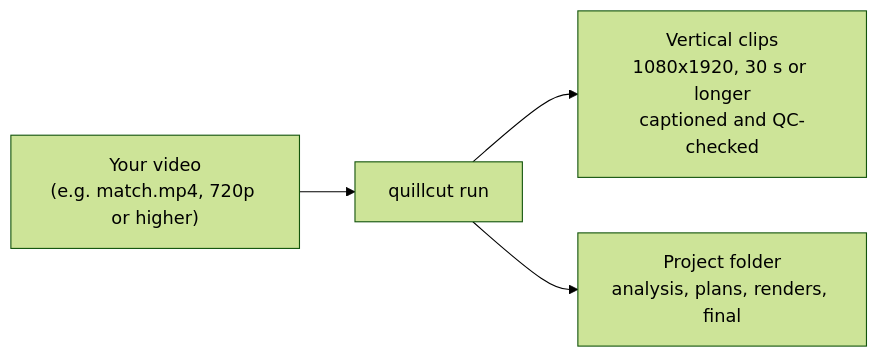
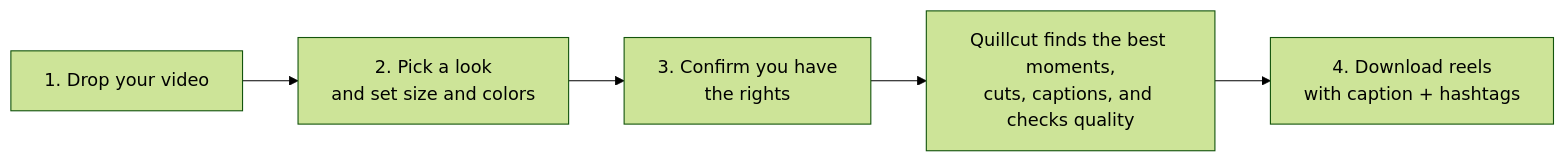
One commit to VARSHITH707/quillcut changed the first of 2 diagrams in README.md. Above: the diagram before and after it, drawn with Mermaid (forest theme). The commit also changed other lines of this file and 15 other files, not shown here.

First line of the commit message:
feat: drag-and-drop web app with captions and hashtags

````diff
--- a/README.md
+++ b/README.md
@@ -10,6 +12,7 @@
 ```mermaid
 flowchart LR
-    IN["Your video<br/>(e.g. match.mp4, 720p or higher)"] --> Q[quillcut run]
-    Q --> OUT1["Vertical clips<br/>1080x1920, 30 s or longer<br/>captioned and QC-checked"]
-    Q --> OUT2["Project folder<br/>analysis, plans, renders, final"]
+    A["1. Drop your video"] --> B["2. Pick a look<br/>and set size and colors"]
+    B --> C["3. Confirm you have<br/>the rights"]
+    C --> D["Quillcut finds the best moments,<br/>cuts, captions, and checks quality"]
+    D --> E["4. Download reels<br/>with caption + hashtags"]
 ```
````
